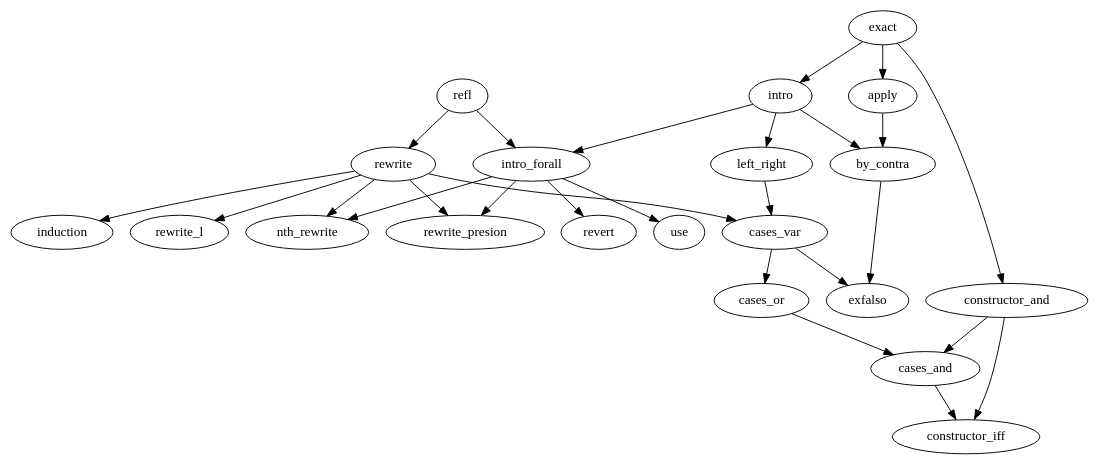
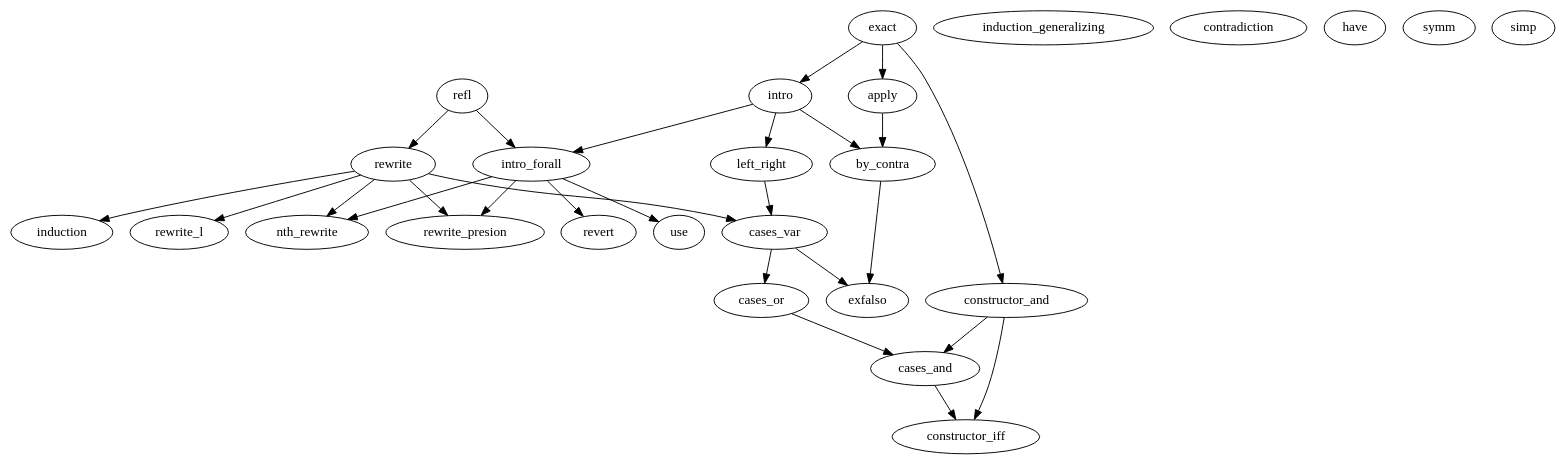
One commit to YouRancestor/MathProofGame_Levels changed the diagram in DepGraph/Tutorial.dot. Above: the diagram before and after it, drawn with Graphviz.

Commit message:
添加一些待引入的tactic

```diff
--- a/DepGraph/Tutorial.dot
+++ b/DepGraph/Tutorial.dot
@@ -1,68 +1,80 @@
 digraph tactic_dep {
     refl
     
     rewrite
     refl -> rewrite
 
     rewrite_l
     {rewrite} -> rewrite_l
 
     rewrite_presion
     {rewrite; intro_forall} -> rewrite_presion
 
     nth_rewrite
     {rewrite; intro_forall} -> nth_rewrite
 
     exact
 
     apply
     exact -> apply
 
     intro
     {exact} -> intro
 
     intro_forall
     {intro; refl} -> intro_forall
 
     constructor_and
     {exact} -> constructor_and
 
     constructor_iff
     {constructor_and; cases_and} -> constructor_iff
 
     left_right
     {intro} -> left_right
 
     cases_var
     {rewrite; left_right} -> cases_var
 
     cases_or
     {cases_var} -> cases_or
 
     cases_and
     {cases_or; constructor_and} -> cases_and
 
     // TODO
     // by_cases
     // {left_right} -> by_cases
 
     induction
     {rewrite} -> induction
 
+    // TODO
+    induction_generalizing
+
     by_contra
     {intro; apply} -> by_contra
 
     exfalso
     {cases_var; by_contra} -> exfalso
 
     revert
     {intro_forall} -> revert
 
     use
     {intro_forall} -> use
 
     // TODO
-    // symm
+    contradiction
+
+    // TODO
+    have
+
+    // TODO
+    symm
+
+    // TODO
+    simp // 高级
 
     // split
 }
```
